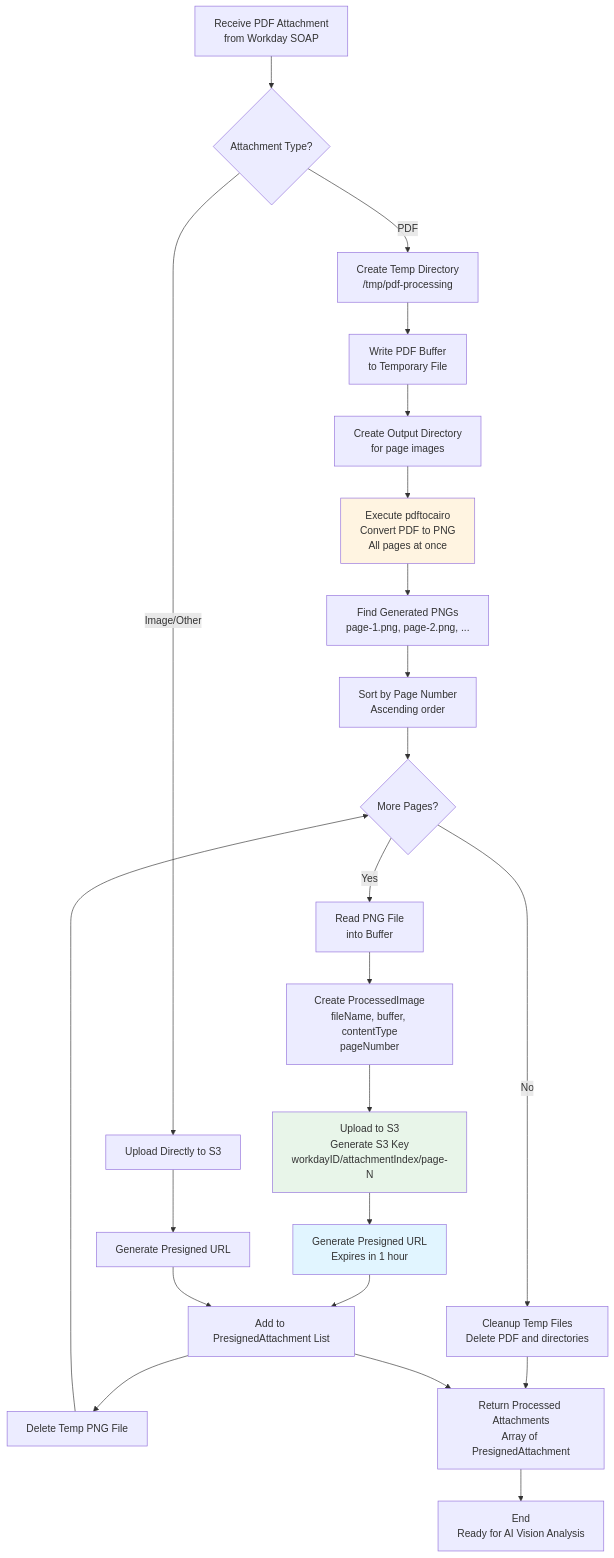
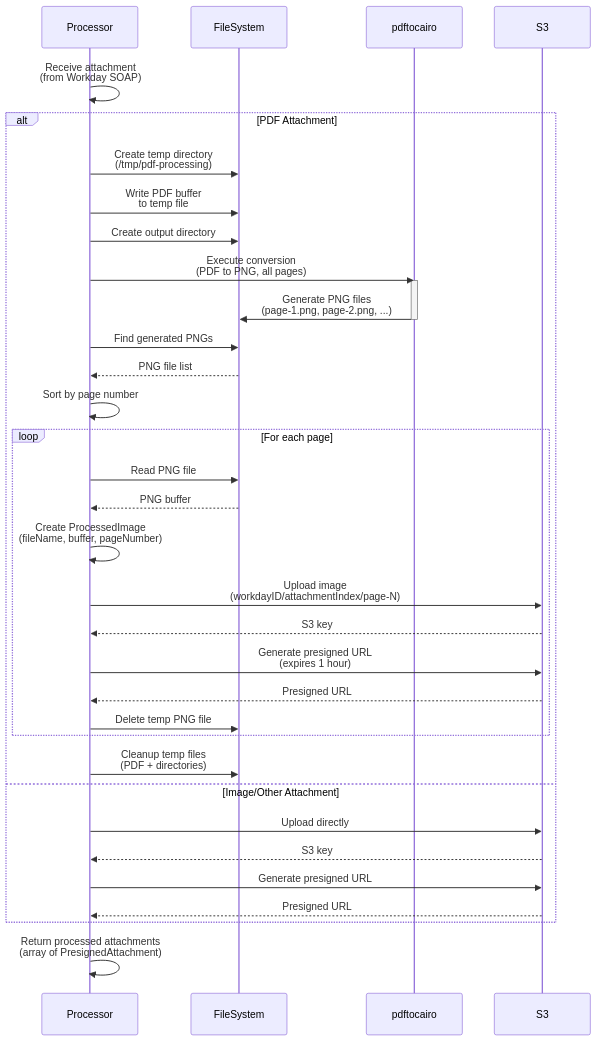
One commit to pgahq/finance-agent changed the fourth of 6 diagrams in README.md. Above: the diagram before and after it, drawn with Mermaid. The commit also changed other lines of this file, not shown here.

Commit message:
conver to sequence

````diff
--- a/README.md
+++ b/README.md
@@ -351,42 +369,44 @@
 ```mermaid
-flowchart TD
-    START[Receive PDF Attachment<br/>from Workday SOAP] --> CHECK_TYPE{Attachment Type?}
+sequenceDiagram
+    participant Processor
+    participant FileSystem
+    participant pdftocairo
+    participant S3
     
-    CHECK_TYPE -->|PDF| PDF_PATH[Create Temp Directory<br/>/tmp/pdf-processing]
-    CHECK_TYPE -->|Image/Other| DIRECT_UPLOAD[Upload Directly to S3]
+    Processor->>Processor: Receive attachment<br/>(from Workday SOAP)
     
-    PDF_PATH --> WRITE_TEMP[Write PDF Buffer<br/>to Temporary File]
-    WRITE_TEMP --> CREATE_OUTPUT[Create Output Directory<br/>for page images]
+    alt PDF Attachment
+        Processor->>FileSystem: Create temp directory<br/>(/tmp/pdf-processing)
+        Processor->>FileSystem: Write PDF buffer<br/>to temp file
+        Processor->>FileSystem: Create output directory
+        
+        Processor->>pdftocairo: Execute conversion<br/>(PDF to PNG, all pages)
+        activate pdftocairo
+        pdftocairo->>FileSystem: Generate PNG files<br/>(page-1.png, page-2.png, ...)
+        deactivate pdftocairo
+        
+        Processor->>FileSystem: Find generated PNGs
+        FileSystem-->>Processor: PNG file list
+        Processor->>Processor: Sort by page number
+        
+        loop For each page
+            Processor->>FileSystem: Read PNG file
+            FileSystem-->>Processor: PNG buffer
+            Processor->>Processor: Create ProcessedImage<br/>(fileName, buffer, pageNumber)
+            Processor->>S3: Upload image<br/>(workdayID/attachmentIndex/page-N)
+            S3-->>Processor: S3 key
+            Processor->>S3: Generate presigned URL<br/>(expires 1 hour)
+            S3-->>Processor: Presigned URL
+            Processor->>FileSystem: Delete temp PNG file
+        end
+        
+        Processor->>FileSystem: Cleanup temp files<br/>(PDF + directories)
+    else Image/Other Attachment
+        Processor->>S3: Upload directly
+        S3-->>Processor: S3 key
+        Processor->>S3: Generate presigned URL
+        S3-->>Processor: Presigned URL
+    end
     
-    CREATE_OUTPUT --> PDFTOCAIRO[Execute pdftocairo<br/>Convert PDF to PNG<br/>All pages at once]
-    
-    PDFTOCAIRO --> FIND_PAGES[Find Generated PNGs<br/>page-1.png, page-2.png, ...]
-    FIND_PAGES --> SORT_PAGES[Sort by Page Number<br/>Ascending order]
-    
-    SORT_PAGES --> LOOP{More Pages?}
-    
-    LOOP -->|Yes| READ_PAGE[Read PNG File<br/>into Buffer]
-    READ_PAGE --> CREATE_IMAGE[Create ProcessedImage<br/>fileName, buffer, contentType<br/>pageNumber]
-    
-    CREATE_IMAGE --> UPLOAD_S3[Upload to S3<br/>Generate S3 Key<br/>workdayID/attachmentIndex/page-N]
-    
-    UPLOAD_S3 --> GEN_PRESIGNED[Generate Presigned URL<br/>Expires in 1 hour]
-    GEN_PRESIGNED --> ADD_TO_LIST[Add to PresignedAttachment List]
-    
-    ADD_TO_LIST --> CLEANUP_PAGE[Delete Temp PNG File]
-    CLEANUP_PAGE --> LOOP
-    
-    LOOP -->|No| CLEANUP_TEMP[Cleanup Temp Files<br/>Delete PDF and directories]
-    
-    DIRECT_UPLOAD --> GEN_PRESIGNED_DIRECT[Generate Presigned URL]
-    GEN_PRESIGNED_DIRECT --> ADD_TO_LIST
-    
-    CLEANUP_TEMP --> RETURN[Return Processed Attachments<br/>Array of PresignedAttachment]
-    ADD_TO_LIST --> RETURN
-    
-    RETURN --> END[End<br/>Ready for AI Vision Analysis]
-    
-    style PDFTOCAIRO fill:#fff4e1
-    style UPLOAD_S3 fill:#e8f5e9
-    style GEN_PRESIGNED fill:#e1f5ff
+    Processor->>Processor: Return processed attachments<br/>(array of PresignedAttachment)
 ```
````
